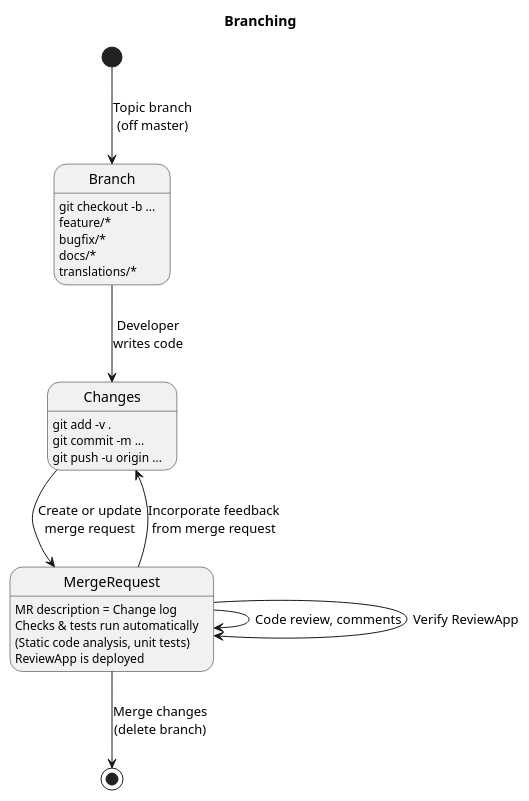
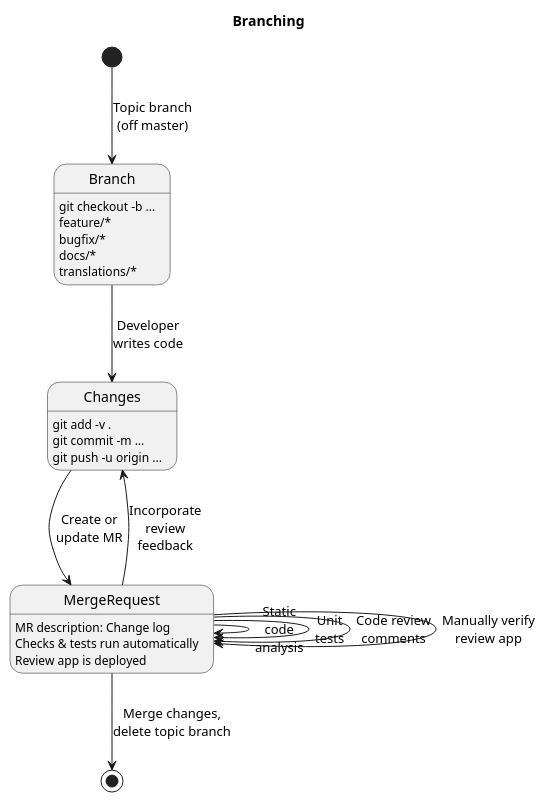
The diagram in devops-branching.plantuml (painless-software/devops-education-kit), drawn with PlantUML before and after one commit. The commit also changed 1 other file, not shown here.

```diff
--- a/devops-branching.plantuml
+++ b/devops-branching.plantuml
@@ -1,28 +1,29 @@
 @startuml
 title Branching
 
 [*] --> Branch : Topic branch\n(off master)
 Branch : git checkout -b ...
 Branch : feature/*
 Branch : bugfix/*
 Branch : docs/*
 Branch : translations/*
 
 Branch --> Changes : Developer\nwrites code
 Changes : git add -v .
 Changes : git commit -m ...
 Changes : git push -u origin ...
 
-Changes -> MergeRequest : Create or update\nmerge request
-MergeRequest : MR description = Change log
+Changes -> MergeRequest : Create or\nupdate MR
+MergeRequest : MR description: Change log
 MergeRequest : Checks & tests run automatically
-MergeRequest : (Static code analysis, unit tests)
-MergeRequest : ReviewApp is deployed
+MergeRequest : Review app is deployed
 
-MergeRequest --> MergeRequest : Code review, comments
-MergeRequest --> MergeRequest : Verify ReviewApp
-MergeRequest --> Changes : Incorporate feedback\nfrom merge request
+MergeRequest -> MergeRequest : Static\ncode\nanalysis
+MergeRequest -> MergeRequest : Unit\ntests
+MergeRequest -> MergeRequest : Code review\ncomments
+MergeRequest -> MergeRequest : Manually verify\nreview app
+MergeRequest --> Changes : Incorporate\nreview\nfeedback
 
-MergeRequest --> [*] : Merge changes\n(delete branch)
+MergeRequest --> [*] : Merge changes,\ndelete topic branch
 
 @enduml
```
